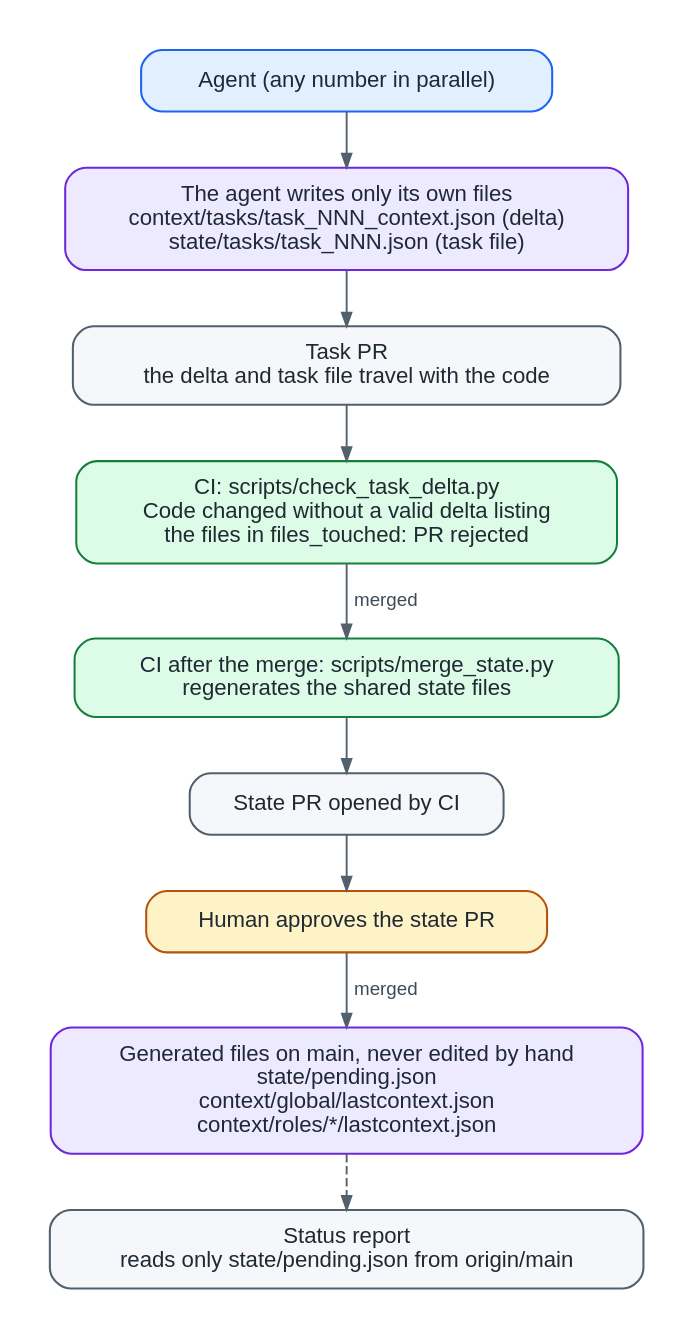
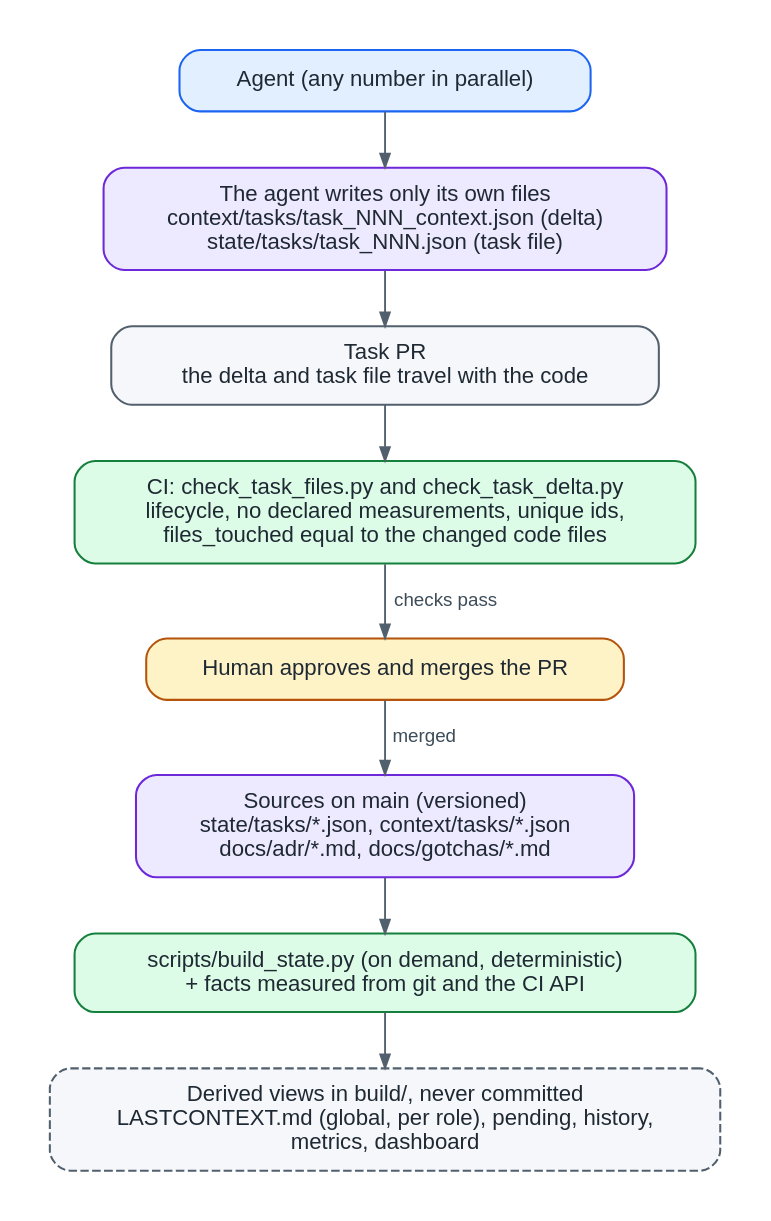
Before and after one commit to agustindiazcano/afaw-anti-fragile-agentic-workflow: the diagram in docs/diagrams/03-state-and-context.dot, drawn with Graphviz. The commit also changed 36 other files, not shown here.

```diff
--- a/docs/diagrams/03-state-and-context.dot
+++ b/docs/diagrams/03-state-and-context.dot
@@ -1,36 +1,34 @@
 digraph state_and_context {
   graph [fontname="Helvetica", fontsize=13, bgcolor="white", pad=0.3, nodesep=0.5, ranksep=0.45, splines=true, rankdir=TB];
   node  [shape=box, style="rounded,filled", fontname="Helvetica", fontsize=13, color="#52606d", fillcolor="#f5f7fa", fontcolor="#1f2933", penwidth=1.2, margin="0.25,0.13"];
   edge  [fontname="Helvetica", fontsize=11, color="#52606d", fontcolor="#3e4c59", arrowsize=0.8, penwidth=1.1];
 
   node [fillcolor="#e1effe", color="#1c64f2"];
   agent [label="Agent (any number in parallel)"];
 
   node [fillcolor="#ede9fe", color="#6d28d9"];
   own   [label="The agent writes only its own files\ncontext/tasks/task_NNN_context.json (delta)\nstate/tasks/task_NNN.json (task file)"];
 
   node [fillcolor="#f5f7fa", color="#52606d"];
   pr    [label="Task PR\nthe delta and task file travel with the code"];
 
   node [fillcolor="#dcfce7", color="#15803d"];
-  check [label="CI: scripts/check_task_delta.py\nCode changed without a valid delta listing\nthe files in files_touched: PR rejected"];
-  merge [label="CI after the merge: scripts/merge_state.py\nregenerates the shared state files"];
-
-  node [fillcolor="#f5f7fa", color="#52606d"];
-  spr   [label="State PR opened by CI"];
+  check [label="CI: check_task_files.py and check_task_delta.py\nlifecycle, no declared measurements, unique ids,\nfiles_touched equal to the changed code files"];
 
   node [fillcolor="#fef3c7", color="#b45309"];
-  human [label="Human approves the state PR"];
+  human [label="Human approves and merges the PR"];
 
   node [fillcolor="#ede9fe", color="#6d28d9"];
-  gen   [label="Generated files on main, never edited by hand\nstate/pending.json\ncontext/global/lastcontext.json\ncontext/roles/*/lastcontext.json"];
+  src   [label="Sources on main (versioned)\nstate/tasks/*.json, context/tasks/*.json\ndocs/adr/*.md, docs/gotchas/*.md"];
 
-  node [fillcolor="#f5f7fa", color="#52606d"];
-  status [label="Status report\nreads only state/pending.json from origin/main"];
+  node [fillcolor="#dcfce7", color="#15803d"];
+  build [label="scripts/build_state.py (on demand, deterministic)\n+ facts measured from git and the CI API"];
+
+  node [fillcolor="#f5f7fa", color="#52606d", style="rounded,filled,dashed"];
+  views [label="Derived views in build/, never committed\nLASTCONTEXT.md (global, per role), pending, history,\nmetrics, dashboard"];
 
   agent -> own -> pr -> check;
-  check -> merge [label=" merged"];
-  merge -> spr -> human;
-  human -> gen [label=" merged"];
-  gen -> status [style=dashed];
+  check -> human [label=" checks pass"];
+  human -> src [label=" merged"];
+  src -> build -> views;
 }
```
